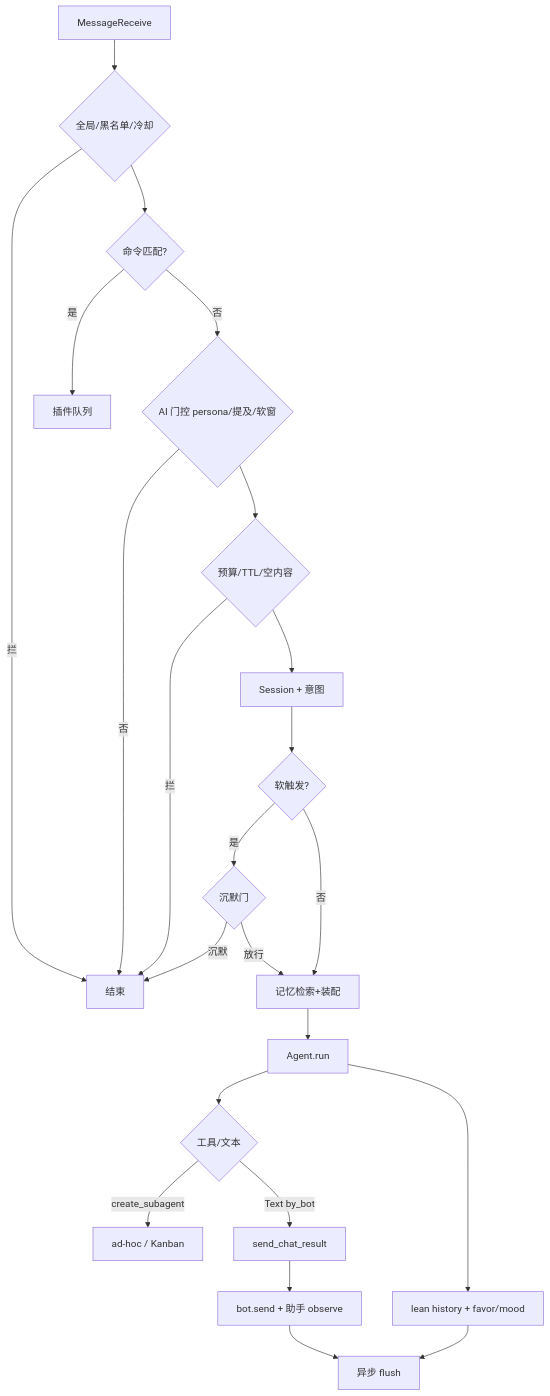
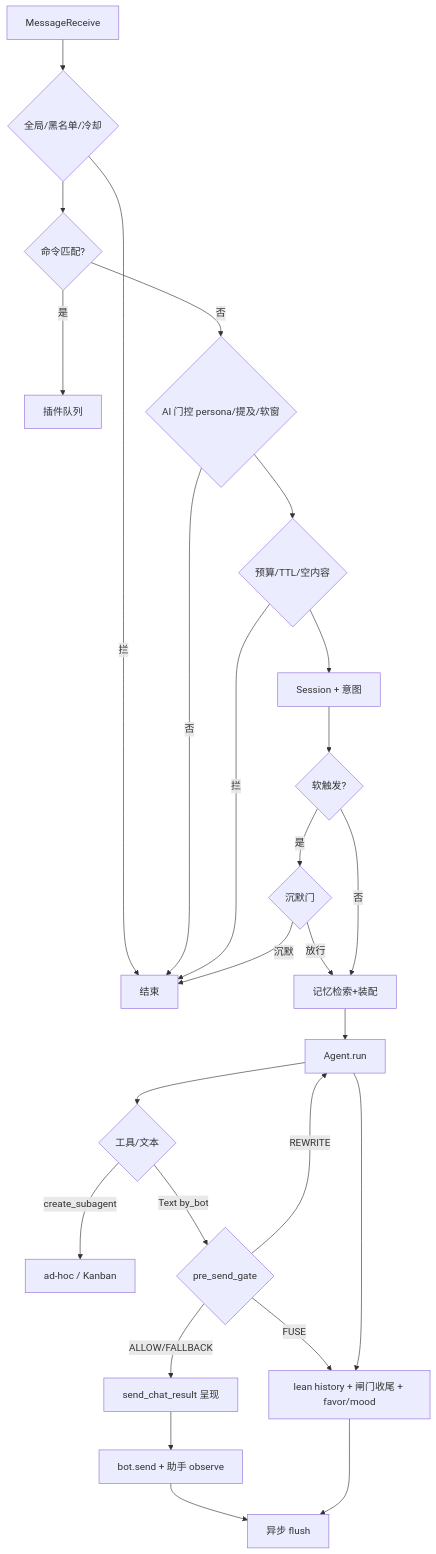
The tenth of 10 diagrams in docs/AI_AGENT_LIFECYCLE_SEQUENCE.md (Genshin-bots/gsuid_core), drawn with Mermaid before and after one commit. The commit also changed other lines of this file and 40 other files, not shown here.

````diff
--- a/docs/AI_AGENT_LIFECYCLE_SEQUENCE.md
+++ b/docs/AI_AGENT_LIFECYCLE_SEQUENCE.md
@@ -628,25 +652,28 @@
 ```mermaid
 flowchart TD
     A[MessageReceive] --> B{全局/黑名单/冷却}
     B -->|拦| Z[结束]
     B --> C{命令匹配?}
     C -->|是| P[插件队列]
     C -->|否| D{AI 门控 persona/提及/软窗}
     D -->|否| Z
     D --> E{预算/TTL/空内容}
     E -->|拦| Z
     E --> F[Session + 意图]
     F --> G{软触发?}
     G -->|是| H{沉默门}
     H -->|沉默| Z
     H -->|放行| I[记忆检索+装配]
     G -->|否| I
     I --> J[Agent.run]
     J --> K{工具/文本}
     K -->|create_subagent| L[ad-hoc / Kanban]
-    K -->|Text by_bot| M[send_chat_result]
+    K -->|Text by_bot| G0{pre_send_gate}
+    G0 -->|ALLOW/FALLBACK| M[send_chat_result 呈现]
+    G0 -->|REWRITE| J
+    G0 -->|FUSE| O
     M --> N[bot.send + 助手 observe]
-    J --> O[lean history + favor/mood]
+    J --> O[lean history + 闸门收尾 + favor/mood]
     N --> Q[异步 flush]
     O --> Q
 ```
````
